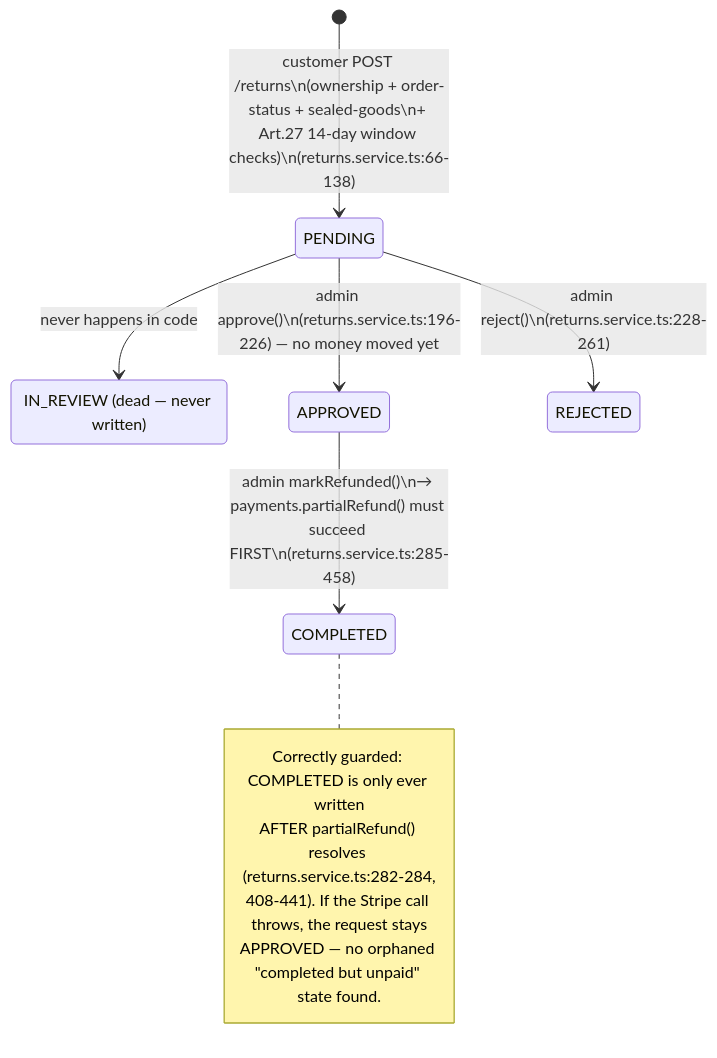
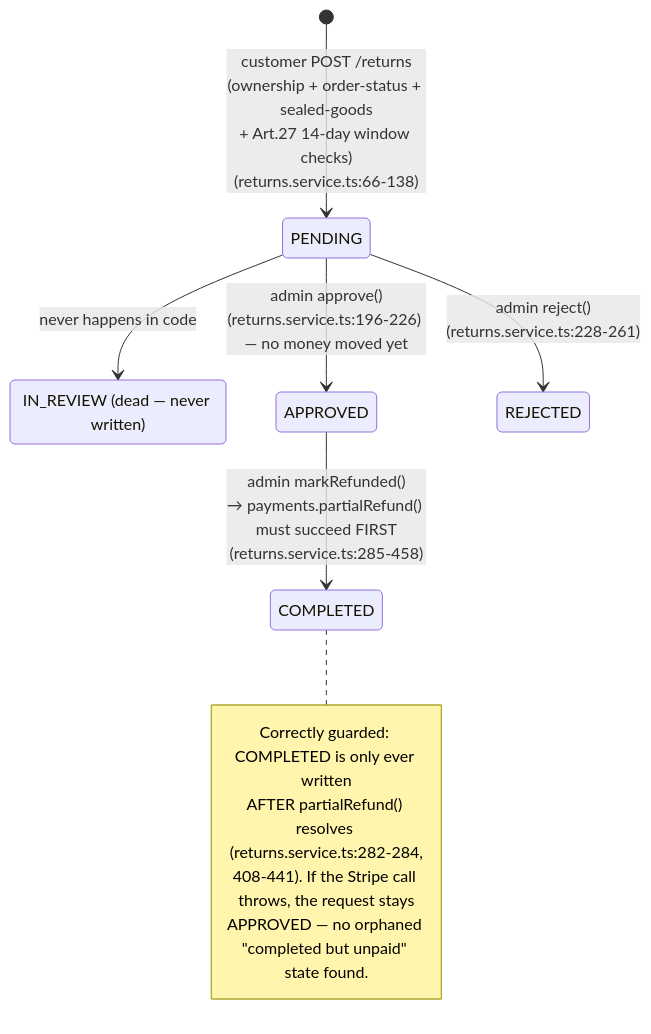
Before and after one commit to Stasiek99/e-commerce_ob_1: the fourth of 9 diagrams in docs/business-process-model.md, drawn with Mermaid. The commit also changed other lines of this file and 17 other files, not shown here.

````diff
--- a/docs/business-process-model.md
+++ b/docs/business-process-model.md
@@ -215,18 +215,18 @@
 ```mermaid
 stateDiagram-v2
-    [*] --> PENDING: customer POST /returns\n(ownership + order-status + sealed-goods\n+ Art.27 14-day window checks)\n(returns.service.ts:66-138)
+    [*] --> PENDING: customer POST /returns<br/>(ownership + order-status + sealed-goods<br/>+ Art.27 14-day window checks)<br/>(returns.service.ts:66-138)
 
     state "IN_REVIEW (dead — never written)" as IN_REVIEW
     PENDING --> IN_REVIEW: never happens in code
 
-    PENDING --> APPROVED: admin approve()\n(returns.service.ts:196-226) — no money moved yet
-    PENDING --> REJECTED: admin reject()\n(returns.service.ts:228-261)
-    APPROVED --> COMPLETED: admin markRefunded()\n→ payments.partialRefund() must succeed FIRST\n(returns.service.ts:285-458)
+    PENDING --> APPROVED: admin approve()<br/>(returns.service.ts:196-226) — no money moved yet
+    PENDING --> REJECTED: admin reject()<br/>(returns.service.ts:228-261)
+    APPROVED --> COMPLETED: admin markRefunded()<br/>→ payments.partialRefund() must succeed FIRST<br/>(returns.service.ts:285-458)
 
     note right of COMPLETED
       Correctly guarded: COMPLETED is only ever written
       AFTER partialRefund() resolves (returns.service.ts:282-284,
       408-441). If the Stripe call throws, the request stays
       APPROVED — no orphaned "completed but unpaid" state found.
     end note
 ```
````
